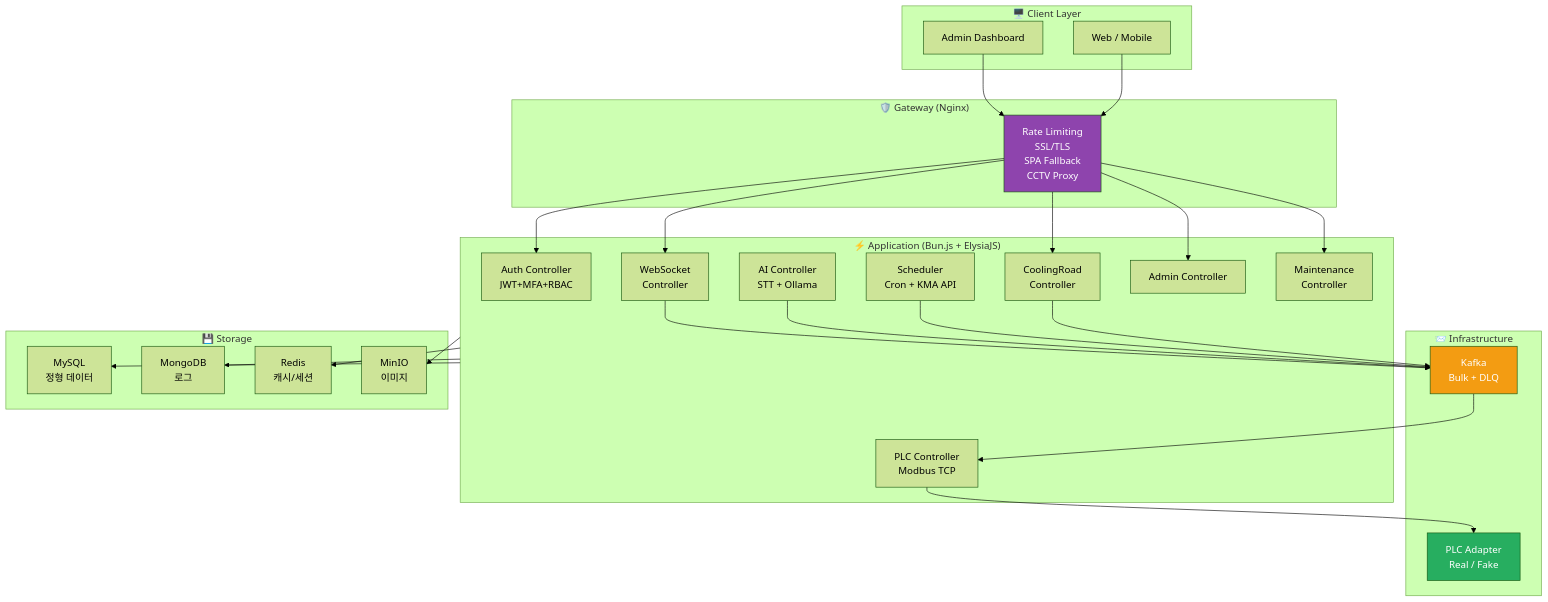
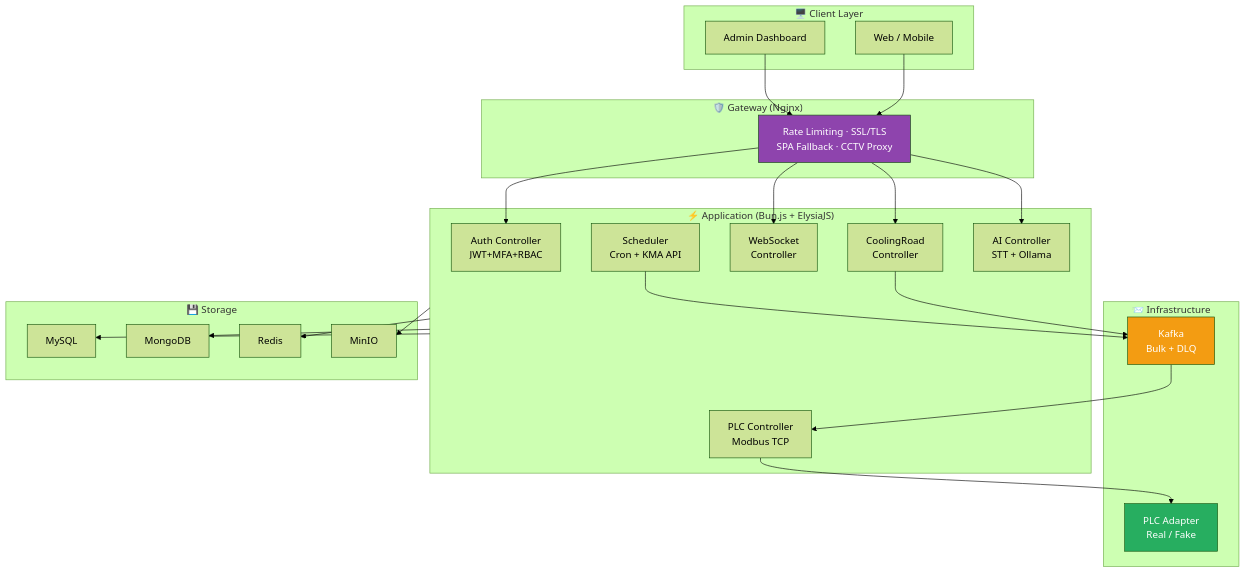
One commit to 1985jwlee/production-iot-backend changed the fifth of 9 diagrams in README.md. Above: the diagram before and after it, drawn with Mermaid (forest theme). The commit also changed other lines of this file, not shown here.

````diff
--- a/README.md
+++ b/README.md
@@ -220,44 +175,34 @@
 ```mermaid
 graph TB
     subgraph Client["🖥️ Client Layer"]
         WEB["Web / Mobile"]
         ADMIN["Admin Dashboard"]
     end
-
     subgraph Gateway["🛡️ Gateway (Nginx)"]
-        RL["Rate Limiting\nSSL/TLS\nSPA Fallback\nCCTV Proxy"]
+        RL["Rate Limiting · SSL/TLS\nSPA Fallback · CCTV Proxy"]
     end
-
     subgraph App["⚡ Application (Bun.js + ElysiaJS)"]
         AUTH["Auth Controller\nJWT+MFA+RBAC"]
         COOLING["CoolingRoad\nController"]
         WS["WebSocket\nController"]
         PLC_C["PLC Controller\nModbus TCP"]
         SCHED["Scheduler\nCron + KMA API"]
         AI["AI Controller\nSTT + Ollama"]
-        ADMIN_C["Admin Controller"]
-        MAINT["Maintenance\nController"]
     end
-
     subgraph Infra["📨 Infrastructure"]
         KAFKA["Kafka\nBulk + DLQ"]
         ADAPTER["PLC Adapter\nReal / Fake"]
     end
-
     subgraph Store["💾 Storage"]
-        MY["MySQL\n정형 데이터"]
-        MG["MongoDB\n로그"]
-        RD["Redis\n캐시/세션"]
-        MN["MinIO\n이미지"]
+        MY["MySQL"]
+        MG["MongoDB"]
+        RD["Redis"]
+        MN["MinIO"]
     end
-
-    WEB & ADMIN --> RL --> AUTH & COOLING & WS & ADMIN_C & MAINT
+    WEB & ADMIN --> RL --> AUTH & COOLING & WS & AI
     COOLING & SCHED --> KAFKA --> PLC_C --> ADAPTER
-    AI --> KAFKA
-    WS --> KAFKA
     App --> MY & MG & RD & MN
-
     style KAFKA fill:#f39c12,color:#fff
     style ADAPTER fill:#27ae60,color:#fff
     style RL fill:#8e44ad,color:#fff
 ```
````
